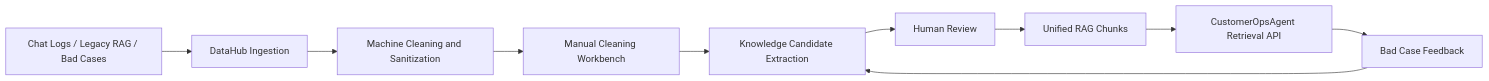
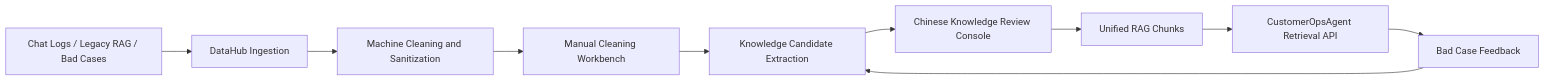
The diagram in README.en.md (Strange-Men/DataHub), drawn with Mermaid before and after one commit. The commit also changed other lines of this file and 21 other files, not shown here.

Commit message:
feat: add P1 knowledge review console

````diff
--- a/README.en.md
+++ b/README.en.md
@@ -71,12 +71,12 @@
 ```mermaid
 flowchart LR
   A["Chat Logs / Legacy RAG / Bad Cases"] --> B["DataHub Ingestion"]
   B --> C["Machine Cleaning and Sanitization"]
   C --> D["Manual Cleaning Workbench"]
   D --> E["Knowledge Candidate Extraction"]
-  E --> F["Human Review"]
+  E --> F["Chinese Knowledge Review Console"]
   F --> G["Unified RAG Chunks"]
   G --> H["CustomerOpsAgent Retrieval API"]
   H --> I["Bad Case Feedback"]
   I --> E
 ```
````
